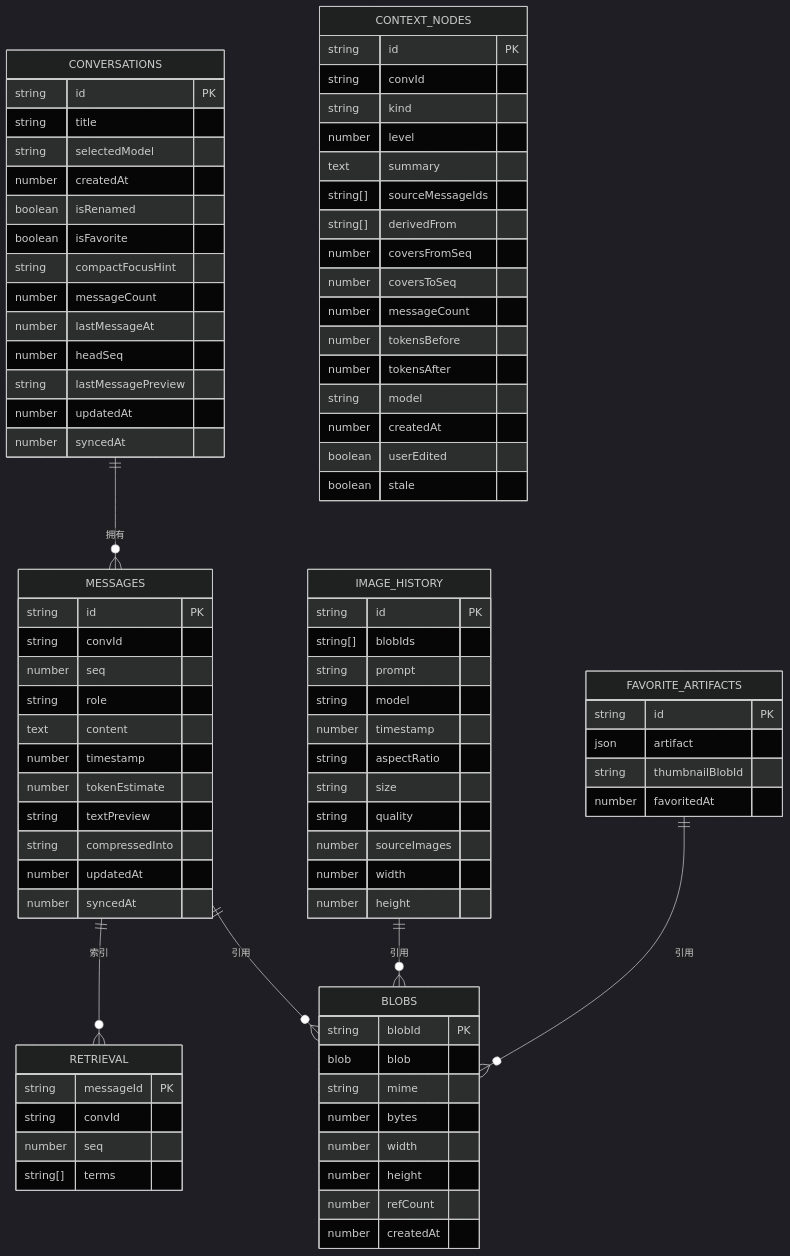
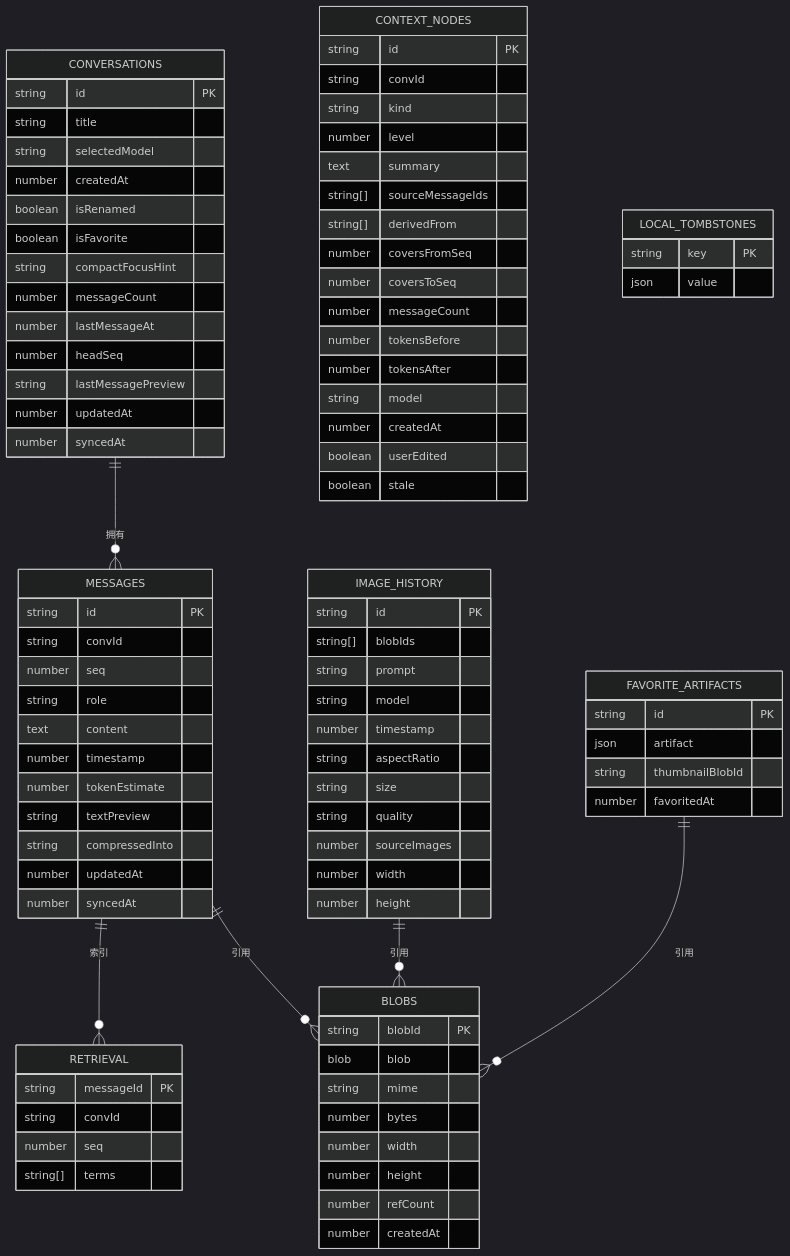
Before and after one commit to billye220670/AIShop: diagram 11 of 11 in .qoder/repowiki/zh/content/数据持久化/数据库层/数据库层.md, drawn with Mermaid (dark theme). The commit also changed other lines of this file and 42 other files, not shown here.

```diff
--- a/.qoder/repowiki/zh/content/数据持久化/数据库层/数据库层.md
+++ b/.qoder/repowiki/zh/content/数据持久化/数据库层/数据库层.md
@@ -468,6 +581,10 @@
 string thumbnailBlobId
 number favoritedAt
 }
+LOCAL_TOMBSTONES {
+string key PK
+json value
+}
 CONVERSATIONS ||--o{ MESSAGES : "拥有"
 MESSAGES ||--o{ RETRIEVAL : "索引"
 MESSAGES ||--o{ BLOBS : "引用"
```
